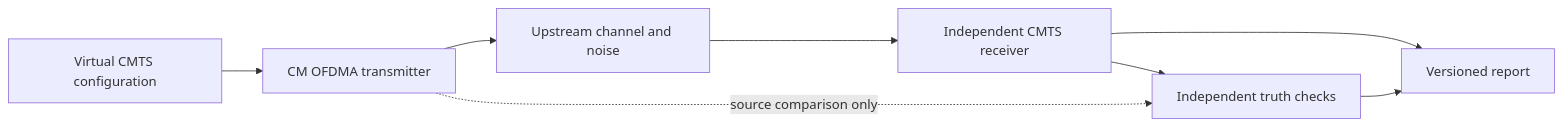
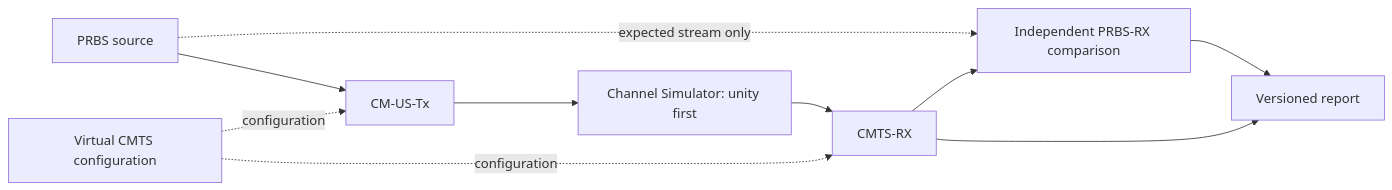
One commit to PyPNMApps/morgana changed the first of 3 diagrams in docs/architecture.md. Above: the diagram before and after it, drawn with Mermaid. The commit also changed other lines of this file and 8 other files, not shown here.

Commit message:
Documentation: Define upstream path and instruments - Detail PRBS, CM-US-Tx and CMTS-RX processing stages - Plan unity channel and shared QAM and spectrum views - Add MORGANA logos, desktop icon and installer icon - Tests: 23 Rust, 19 setup and 5 Git tests; checks pass

````diff
--- a/docs/architecture.md
+++ b/docs/architecture.md
@@ -24,10 +24,12 @@
 ```mermaid
 flowchart LR
-    CFG[Virtual CMTS configuration] --> TX[CM OFDMA transmitter]
-    TX --> CH[Upstream channel and noise]
-    CH --> RX[Independent CMTS receiver]
-    RX --> REPORT[Versioned report]
-    TX -. source comparison only .-> TRUTH[Independent truth checks]
+    PRBS[PRBS source] --> TX[CM-US-Tx]
+    TX --> CH[Channel Simulator: unity first]
+    CH --> RX[CMTS-RX]
+    CFG[Virtual CMTS configuration] -. configuration .-> TX
+    CFG -. configuration .-> RX
+    PRBS -. expected stream only .-> TRUTH[Independent PRBS-RX comparison]
     RX --> TRUTH
     TRUTH --> REPORT
+    RX --> REPORT[Versioned report]
 ```
````
